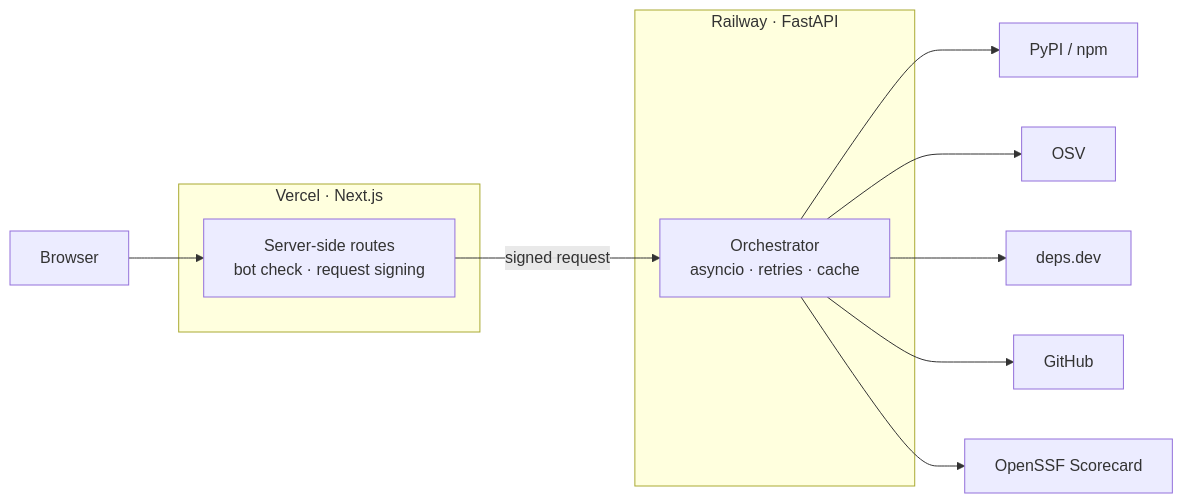
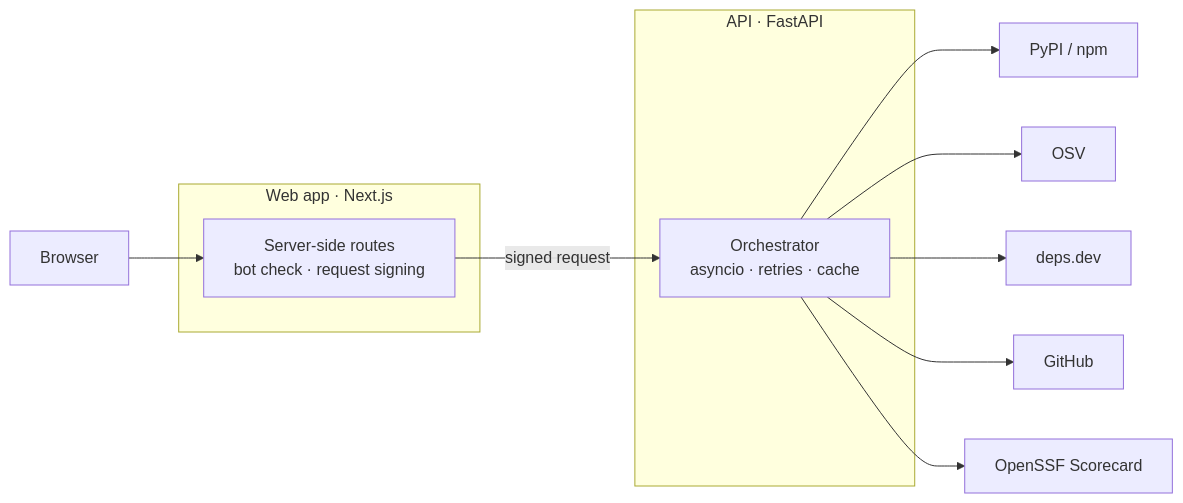
Before and after one commit to nish1013/packagepulse: the diagram in README.md, drawn with Mermaid. The commit also changed other lines of this file, not shown here.

First line of the commit message:
docs: describe the architecture without hosting details (#5)

````diff
--- a/README.md
+++ b/README.md
@@ -21,16 +21,16 @@
 ```mermaid
 flowchart LR
     B["Browser"] --> P
-    subgraph Vercel["Vercel · Next.js"]
+    subgraph Web["Web app · Next.js"]
         P["Server-side routes<br/>bot check · request signing"]
     end
     P -->|"signed request"| O
-    subgraph Railway["Railway · FastAPI"]
+    subgraph API["API · FastAPI"]
         O["Orchestrator<br/>asyncio · retries · cache"]
     end
     O --> R["PyPI / npm"]
     O --> OSV["OSV"]
     O --> D["deps.dev"]
     O --> G["GitHub"]
     O --> S["OpenSSF Scorecard"]
 ```
````
